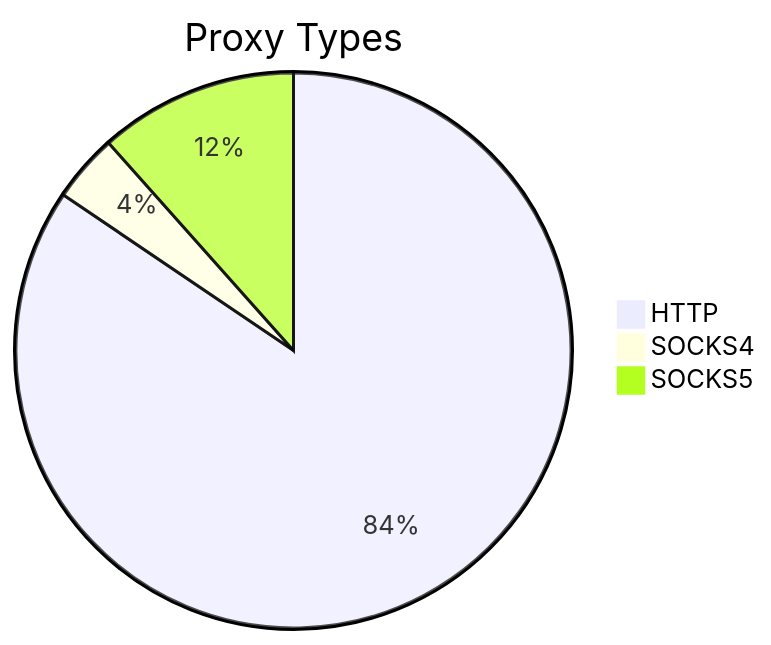
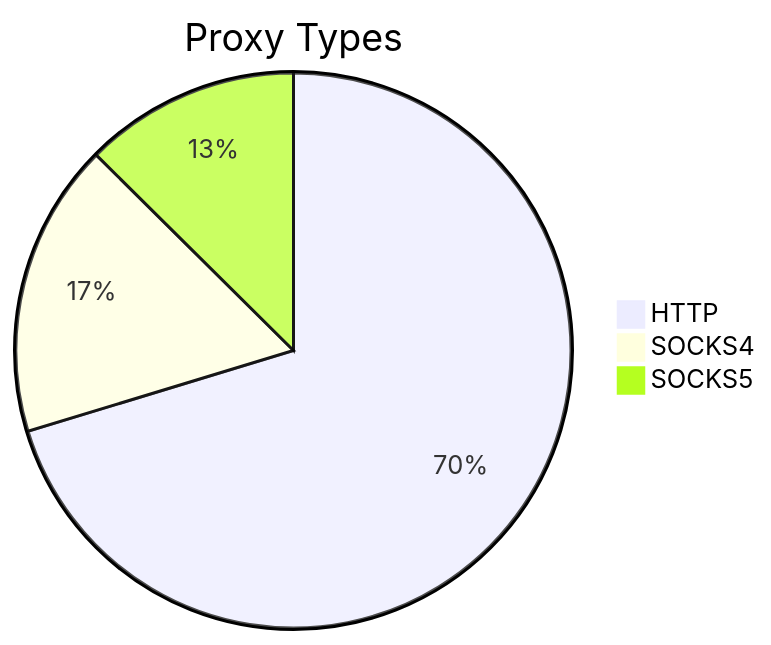
One commit to stormsia/proxy-list changed the first of 2 diagrams in README.md. Above: the diagram before and after it, drawn with Mermaid. The commit also changed other lines of this file, not shown here.

````diff
--- a/README.md
+++ b/README.md
@@ -21,6 +21,6 @@
 ```mermaid
 pie title Proxy Types
-    "HTTP" : 299
-    "SOCKS4" : 14
-    "SOCKS5" : 41
+    "HTTP" : 509
+    "SOCKS4" : 124
+    "SOCKS5" : 91
 ```
````
